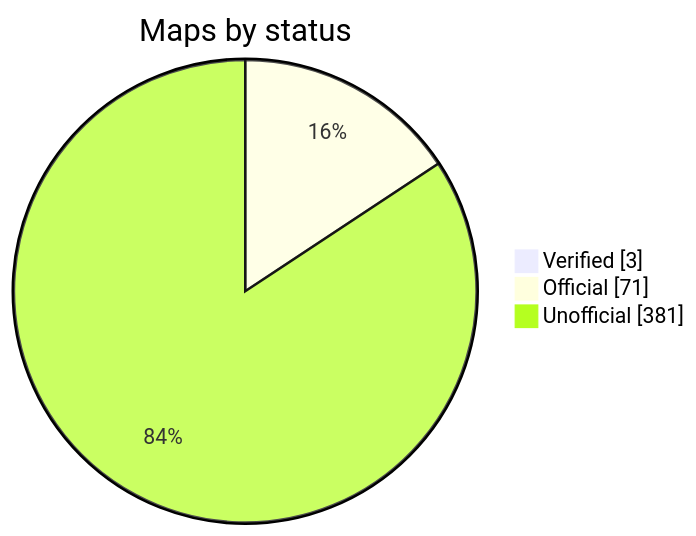
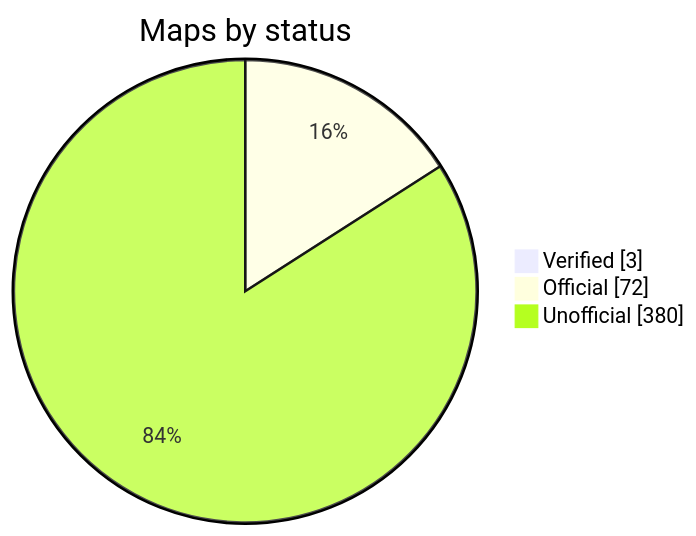
The diagram in README.md (nobrega8/mbmap-library), drawn with Mermaid before and after one commit. The commit also changed 3 other files, not shown here.

````diff
--- a/README.md
+++ b/README.md
@@ -48,7 +48,7 @@
 ```mermaid
 pie showData
     title Maps by status
     "Verified" : 3
-    "Official" : 71
-    "Unofficial" : 381
+    "Official" : 72
+    "Unofficial" : 380
 ```
````
